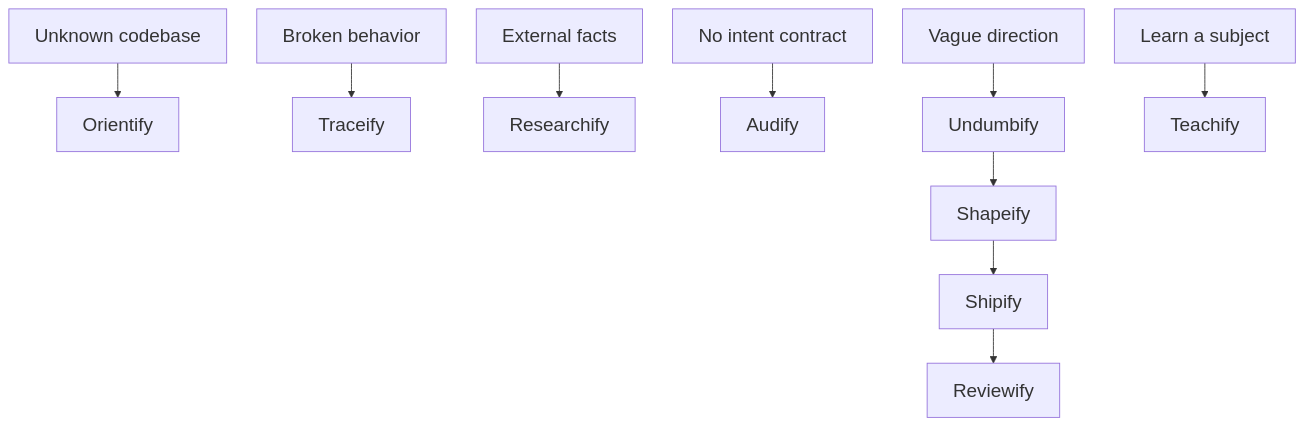
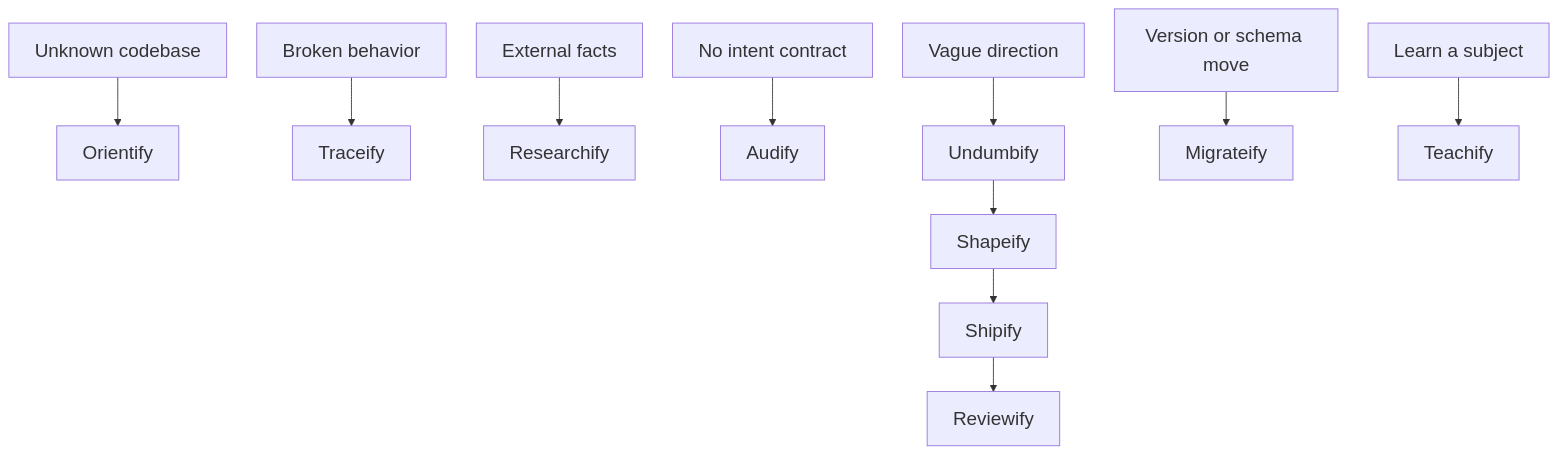
Before and after one commit to trykA123/skillify: the second of 2 diagrams in README.md, drawn with Mermaid. The commit also changed other lines of this file and 14 other files, not shown here.

````diff
--- a/README.md
+++ b/README.md
@@ -197,10 +198,11 @@
 ```mermaid
 %%{init: {"themeVariables": {"fontSize": "22px"}, "flowchart": {"nodeSpacing": 35, "rankSpacing": 40}}}%%
 flowchart TB
     Unknown[Unknown codebase] --> Orientify
     Broken[Broken behavior] --> Traceify
     External[External facts] --> Researchify
     NoContract[No intent contract] --> Audify
     Vague[Vague direction] --> Undumbify --> Shapeify --> Shipify --> Reviewify
+    Upgrade[Version or schema move] --> Migrateify
     Learn[Learn a subject] --> Teachify
 ```
````
